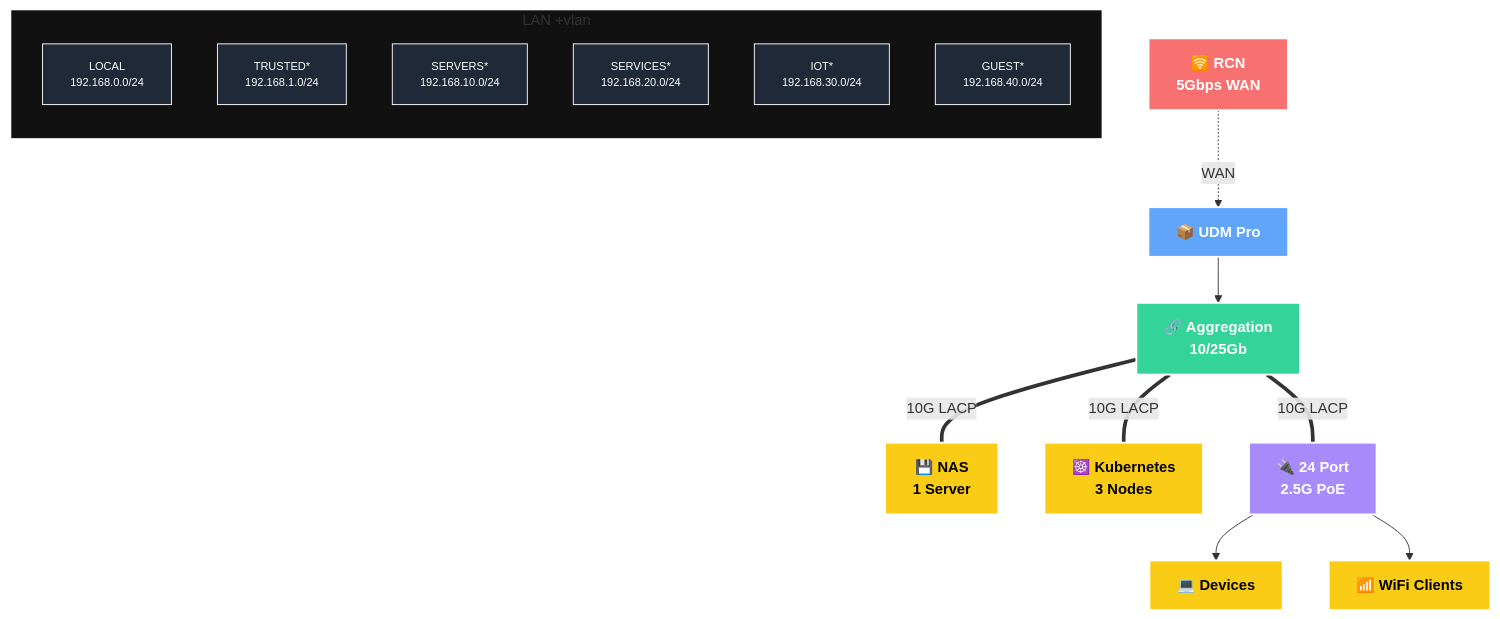
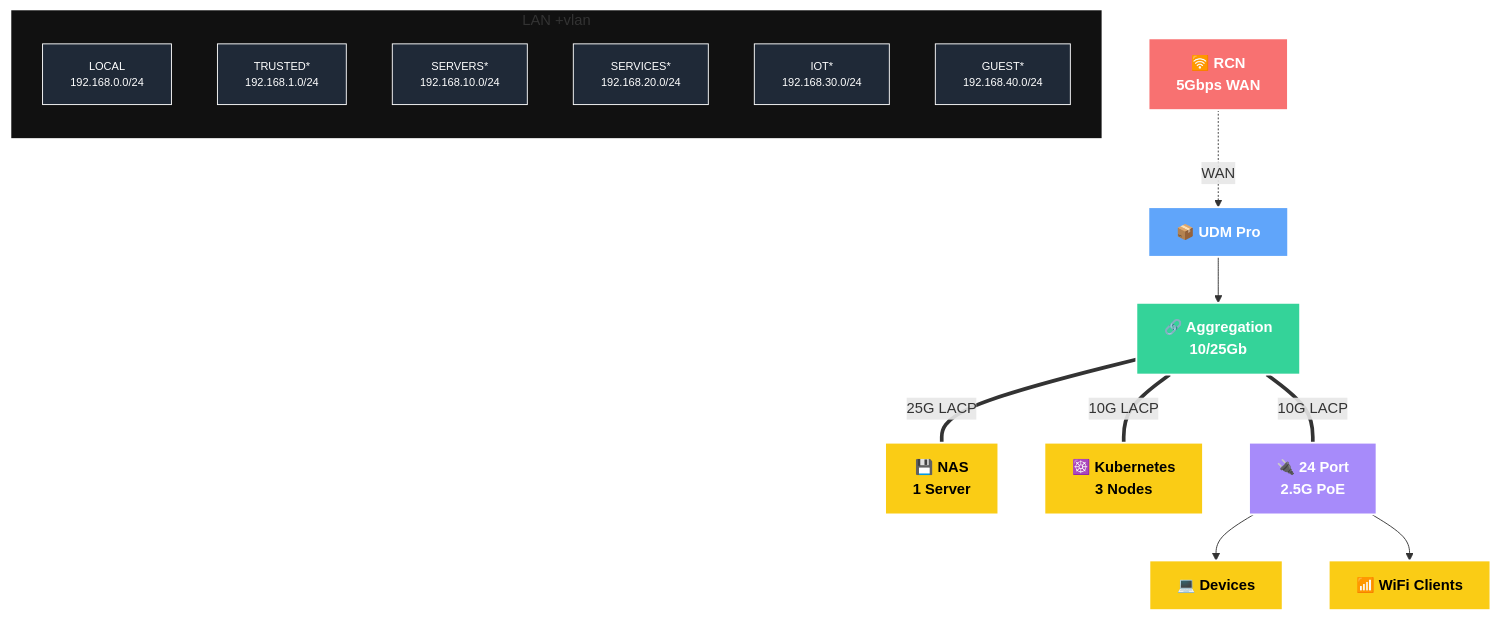
Before and after one commit to buroa/k8s-gitops: the second of 2 diagrams in README.md, drawn with Mermaid. The commit also changed other lines of this file, not shown here.

````diff
--- a/README.md
+++ b/README.md
@@ -123,48 +123,48 @@
 ```mermaid
 graph TD
     %% Class Definitions
     classDef wan fill:#f87171,stroke:#fff,stroke-width:2px,color:#fff,font-weight:bold;
     classDef core fill:#60a5fa,stroke:#fff,stroke-width:2px,color:#fff,font-weight:bold;
     classDef agg fill:#34d399,stroke:#fff,stroke-width:2px,color:#fff,font-weight:bold;
     classDef switch fill:#a78bfa,stroke:#fff,stroke-width:2px,color:#fff,font-weight:bold;
     classDef device fill:#facc15,stroke:#fff,stroke-width:2px,color:#000,font-weight:bold;
     classDef vlan fill:#1f2937,stroke:#fff,stroke-width:1px,color:#fff,font-size:12px;
 
     %% Nodes
     RCN[🛜 RCN<br/>5Gbps WAN]:::wan
     UDM[📦 UDM Pro]:::core
     AGG[🔗 Aggregation<br/>10/25Gb]:::agg
     NAS[💾 NAS<br/>1 Server]:::device
     K8s[☸️ Kubernetes<br/>3 Nodes]:::device
     SW[🔌 24 Port<br/>2.5G PoE]:::switch
     DEV[💻 Devices]:::device
     WIFI[📶 WiFi Clients]:::device
 
     %% Subgraph for VLANs
     subgraph VLANs [LAN +vlan]
         direction TB
         LOCAL[LOCAL<br/>192.168.0.0/24]:::vlan
         TRUSTED[TRUSTED*<br/>192.168.1.0/24]:::vlan
         SERVERS[SERVERS*<br/>192.168.10.0/24]:::vlan
         SERVICES[SERVICES*<br/>192.168.20.0/24]:::vlan
         IOT[IOT*<br/>192.168.30.0/24]:::vlan
         GUEST[GUEST*<br/>192.168.40.0/24]:::vlan
     end
 
     style VLANs fill:#111,stroke:#fff,stroke-width:2px,rx:0,ry:0,padding:20px;
 
     %% Links
     RCN -.->|WAN| UDM
     UDM --> AGG
-    AGG -- 10G LACP --- NAS
+    AGG -- 25G LACP --- NAS
     AGG -- 10G LACP --- K8s
     AGG -- 10G LACP --- SW
     SW --> DEV
     SW --> WIFI
 
     %% Style the bonded links thicker
     linkStyle 2 stroke-width:4px,stroke:34d399;
     linkStyle 3 stroke-width:4px,stroke:34d399;
     linkStyle 4 stroke-width:4px,stroke:34d399;
 
 ```
````
